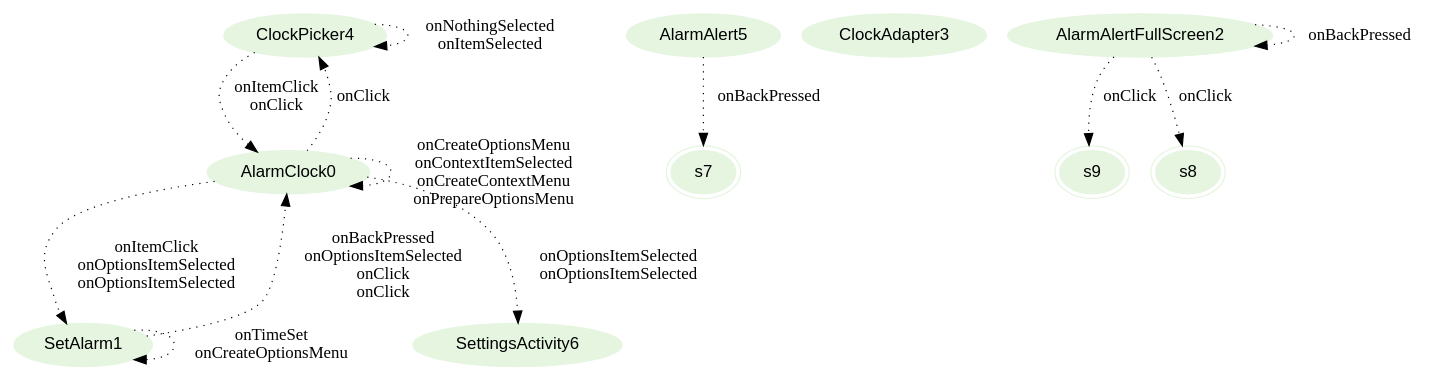
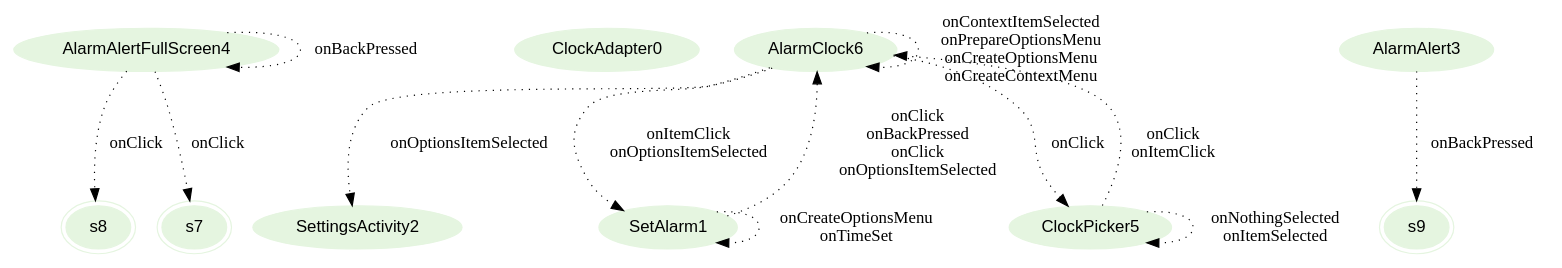
One commit to hans89/astparser changed the diagram in graphviz/AlarmClock.gv. Above: the diagram before and after it, drawn with Graphviz. The commit also changed 7 other files, not shown here.

```diff
--- a/graphviz/AlarmClock.gv
+++ b/graphviz/AlarmClock.gv
@@ -1,38 +1,36 @@
 digraph {
 fontname="Helvetica";
 node[style=filled, fontname="Helvetica", colorscheme=greens3, color=1];
-ClockPicker4;
+AlarmAlertFullScreen4;
+ClockAdapter0;
+s8[peripheries=2];
+AlarmClock6;
+AlarmAlert3;
+SettingsActivity2;
+s9[peripheries=2];
+SetAlarm1;
 s7[peripheries=2];
-ClockAdapter3;
-SetAlarm1;
-SettingsActivity6;
-AlarmAlert5;
-s9[peripheries=2];
-AlarmClock0;
-s8[peripheries=2];
-AlarmAlertFullScreen2;
-ClockPicker4 -> ClockPicker4[label="onNothingSelected
+ClockPicker5;
+AlarmAlertFullScreen4 -> AlarmAlertFullScreen4[label="onBackPressed",style=dotted];
+AlarmAlertFullScreen4 -> s8[label="onClick",style=dotted];
+AlarmAlertFullScreen4 -> s7[label="onClick",style=dotted];
+AlarmAlert3 -> s9[label="onBackPressed",style=dotted];
+AlarmClock6 -> SettingsActivity2[label="onOptionsItemSelected",style=dotted];
+AlarmClock6 -> AlarmClock6[label="onContextItemSelected
+onPrepareOptionsMenu
+onCreateOptionsMenu
+onCreateContextMenu",style=dotted];
+AlarmClock6 -> SetAlarm1[label="onItemClick
+onOptionsItemSelected",style=dotted];
+AlarmClock6 -> ClockPicker5[label="onClick",style=dotted];
+SetAlarm1 -> AlarmClock6[label="onClick
+onBackPressed
+onClick
+onOptionsItemSelected",style=dotted];
+SetAlarm1 -> SetAlarm1[label="onCreateOptionsMenu
+onTimeSet",style=dotted];
+ClockPicker5 -> AlarmClock6[label="onClick
+onItemClick",style=dotted];
+ClockPicker5 -> ClockPicker5[label="onNothingSelected
 onItemSelected",style=dotted];
-ClockPicker4 -> AlarmClock0[label="onItemClick
-onClick",style=dotted];
-SetAlarm1 -> SetAlarm1[label="onTimeSet
-onCreateOptionsMenu",style=dotted];
-SetAlarm1 -> AlarmClock0[label="onBackPressed
-onOptionsItemSelected
-onClick
-onClick",style=dotted];
-AlarmAlert5 -> s7[label="onBackPressed",style=dotted];
-AlarmClock0 -> ClockPicker4[label="onClick",style=dotted];
-AlarmClock0 -> SetAlarm1[label="onItemClick
-onOptionsItemSelected
-onOptionsItemSelected",style=dotted];
-AlarmClock0 -> SettingsActivity6[label="onOptionsItemSelected
-onOptionsItemSelected",style=dotted];
-AlarmClock0 -> AlarmClock0[label="onCreateOptionsMenu
-onContextItemSelected
-onCreateContextMenu
-onPrepareOptionsMenu",style=dotted];
-AlarmAlertFullScreen2 -> s9[label="onClick",style=dotted];
-AlarmAlertFullScreen2 -> AlarmAlertFullScreen2[label="onBackPressed",style=dotted];
-AlarmAlertFullScreen2 -> s8[label="onClick",style=dotted];
 }
```
